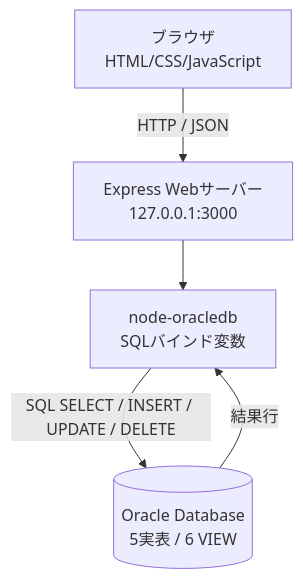
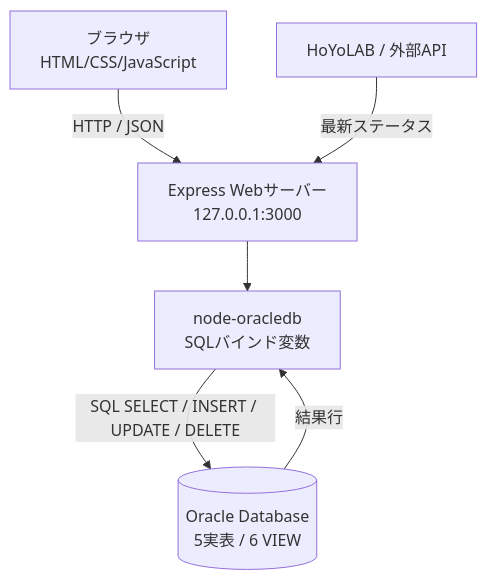
Before and after one commit to efi0794/str2: the first of 2 diagrams in docs/design.md, drawn with Mermaid. The commit also changed other lines of this file, not shown here.

Commit message:
Update architecture documentation for HoYoLAB integration

```diff
--- a/docs/design.md
+++ b/docs/design.md
@@ -13,11 +14,12 @@
 ~~~~mermaid
 flowchart TD
     B[ブラウザ<br/>HTML/CSS/JavaScript]
     E[Express Webサーバー<br/>127.0.0.1:3000]
     D[node-oracledb<br/>SQLバインド変数]
     O[(Oracle Database<br/>5実表 / 6 VIEW)]
     B -->|HTTP / JSON| E
     E --> D
     D -->|SQL SELECT / INSERT / UPDATE / DELETE| O
     O -->|結果行| D
+    H[HoYoLAB / 外部API] -->|最新ステータス| E
 ~~~~
```
